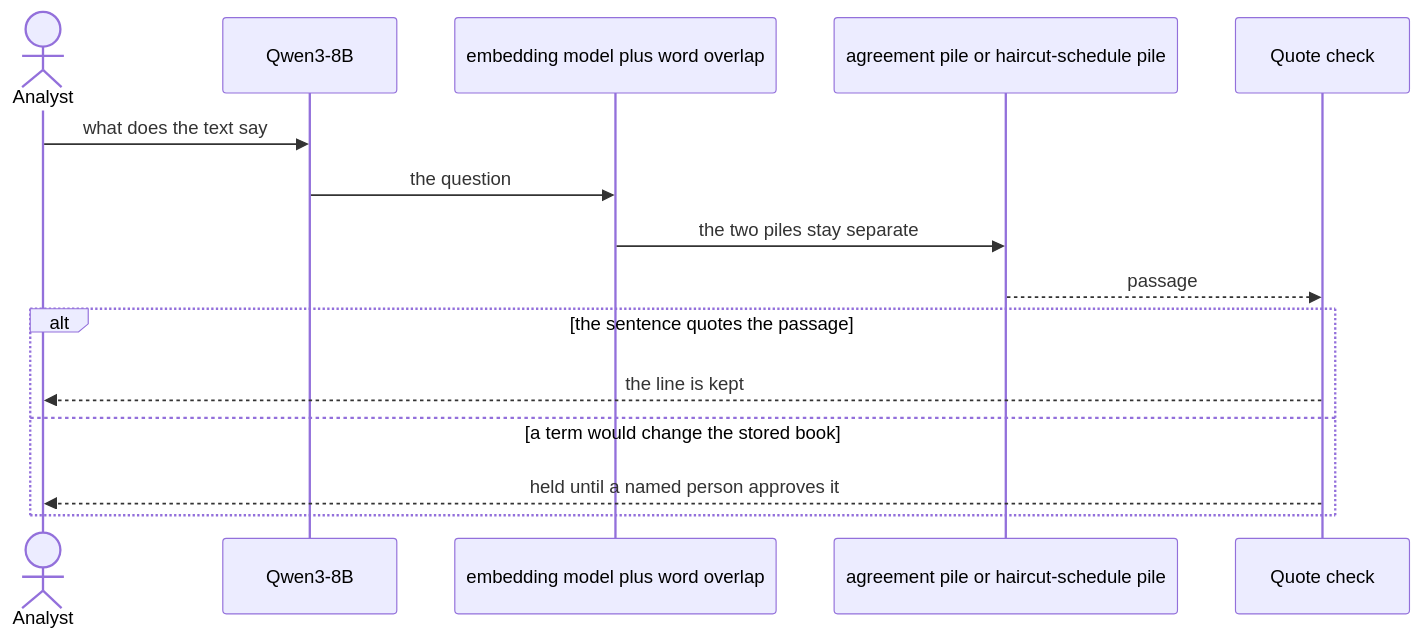
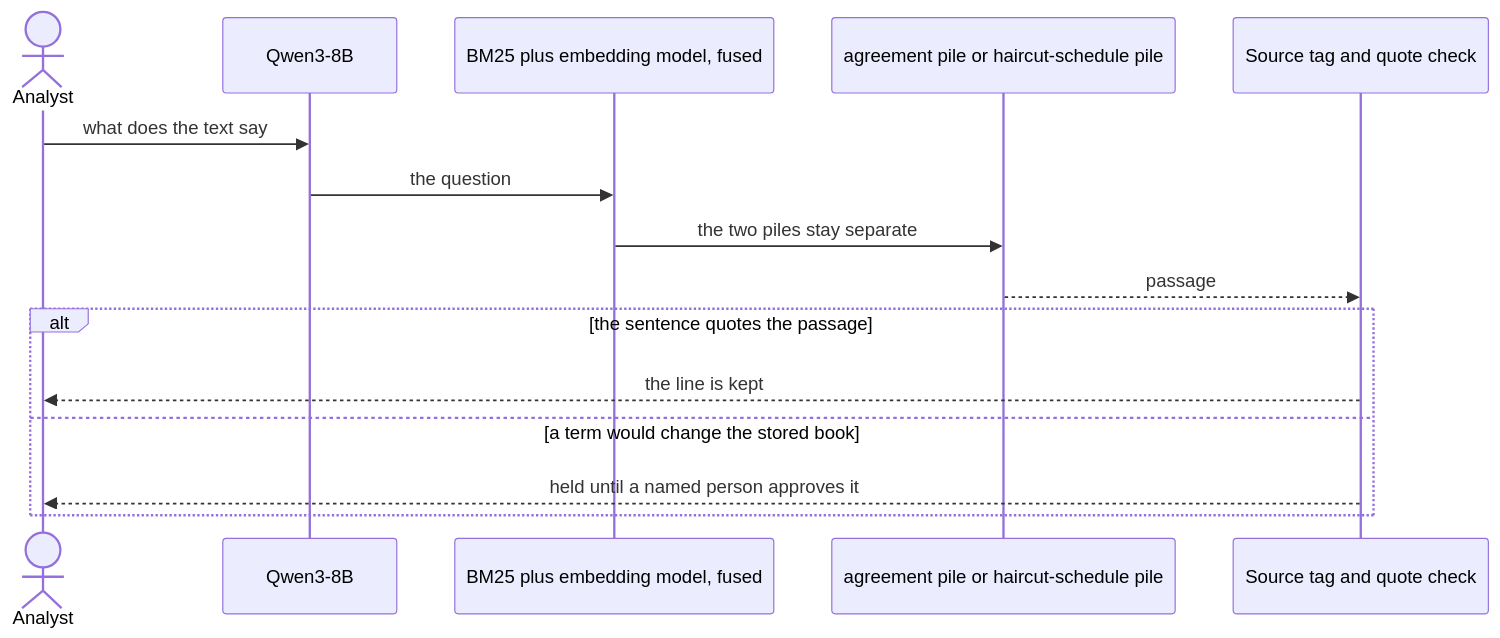
The sixth of 7 diagrams in RiskSphere/README.md (I-AM-THE-ONE-WHO-KNOCKS/Capstone_IITKGP_2026_Team_3SU), drawn with Mermaid before and after one commit. The commit also changed other lines of this file and 1955 other files, not shown here.

````diff
--- a/RiskSphere/README.md
+++ b/RiskSphere/README.md
@@ -393,18 +419,18 @@
 ```mermaid
 sequenceDiagram
   actor Analyst
   participant Planner as Qwen3-8B
-  participant Search as embedding model plus word overlap
+  participant Search as BM25 plus embedding model, fused
   participant Store as agreement pile or haircut-schedule pile
-  participant Gate as Quote check
+  participant Gate as Source tag and quote check
 
   Analyst->>Planner: what does the text say
   Planner->>Search: the question
   Search->>Store: the two piles stay separate
   Store-->>Gate: passage
   alt the sentence quotes the passage
     Gate-->>Analyst: the line is kept
   else a term would change the stored book
     Gate-->>Analyst: held until a named person approves it
   end
 ```
````
